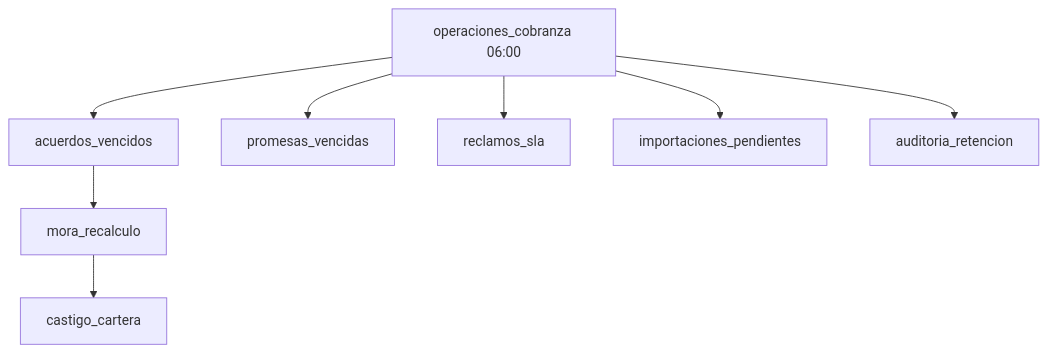
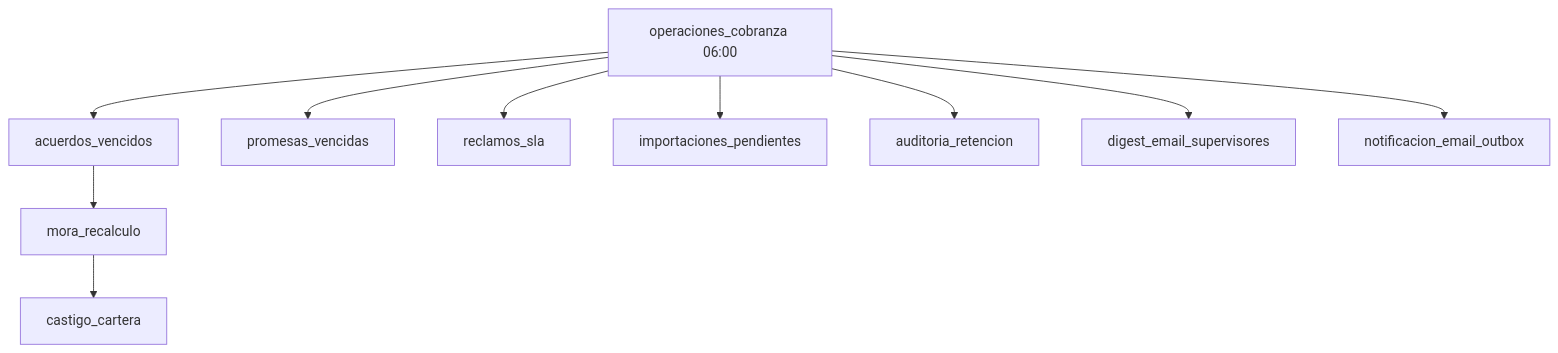
Before and after one commit to Purosnica/FlowPay: the diagram in docs/catalogos/CATALOGO-PROCESOS.md, drawn with Mermaid. The commit also changed other lines of this file and 181 other files, not shown here.

First line of the commit message:
Enhance GraphQL configuration, update package versions, and improve documentation

````diff
--- a/docs/catalogos/CATALOGO-PROCESOS.md
+++ b/docs/catalogos/CATALOGO-PROCESOS.md
@@ -141,10 +143,12 @@
 ```mermaid
 flowchart TD
   A[operaciones_cobranza 06:00] --> B[acuerdos_vencidos]
   B --> C[mora_recalculo]
   C --> D[castigo_cartera]
   A --> E[promesas_vencidas]
   A --> F[reclamos_sla]
   A --> G[importaciones_pendientes]
   A --> H[auditoria_retencion]
+  A --> I[digest_email_supervisores]
+  A --> J[notificacion_email_outbox]
 ```
````
